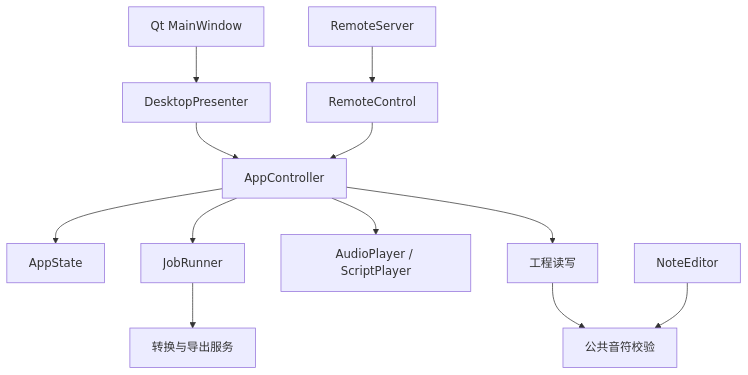
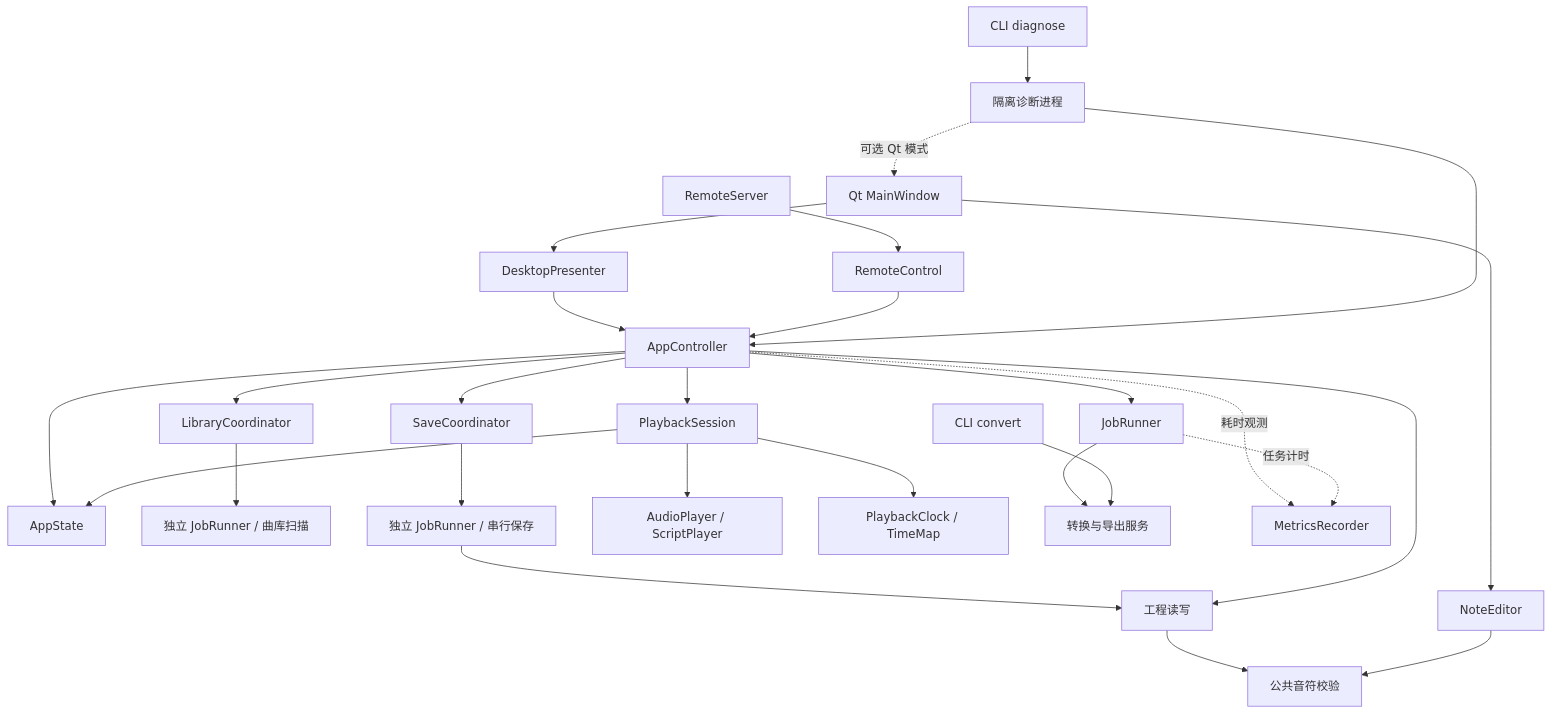
The diagram in docs/architecture.md (XeAuCs/HarmonicaStudio), drawn with Mermaid before and after one commit. The commit also changed other lines of this file and 32 other files, not shown here.

````diff
--- a/docs/architecture.md
+++ b/docs/architecture.md
@@ -9,14 +11,29 @@
 ```mermaid
 flowchart TD
     GUI[Qt MainWindow] --> Presenter[DesktopPresenter]
     HTTP[RemoteServer] --> Remote[RemoteControl]
     Presenter --> Controller[AppController]
     Remote --> Controller
     Controller --> State[AppState]
     Controller --> Jobs[JobRunner]
-    Controller --> Players[AudioPlayer / ScriptPlayer]
+    Controller --> Library[LibraryCoordinator]
+    Library --> LibraryJobs[独立 JobRunner / 曲库扫描]
+    Controller --> Saves[SaveCoordinator]
+    Saves --> SaveJobs[独立 JobRunner / 串行保存]
+    SaveJobs --> Project
+    Controller --> Playback[PlaybackSession]
+    Playback --> Players[AudioPlayer / ScriptPlayer]
+    Playback --> Clock[PlaybackClock / TimeMap]
+    Playback --> State
     Jobs --> Service[转换与导出服务]
     Controller --> Project[工程读写]
     Project --> Notes[公共音符校验]
-    Editor[NoteEditor] --> Notes
+    GUI --> Editor[NoteEditor]
+    Editor --> Notes
+    CLI[CLI convert] --> Service
+    Diagnose[CLI diagnose] --> Runner[隔离诊断进程]
+    Runner --> Controller
+    Runner -. 可选 Qt 模式 .-> GUI
+    Controller -. 耗时观测 .-> Metrics[MetricsRecorder]
+    Jobs -. 任务计时 .-> Metrics
 ```
````
